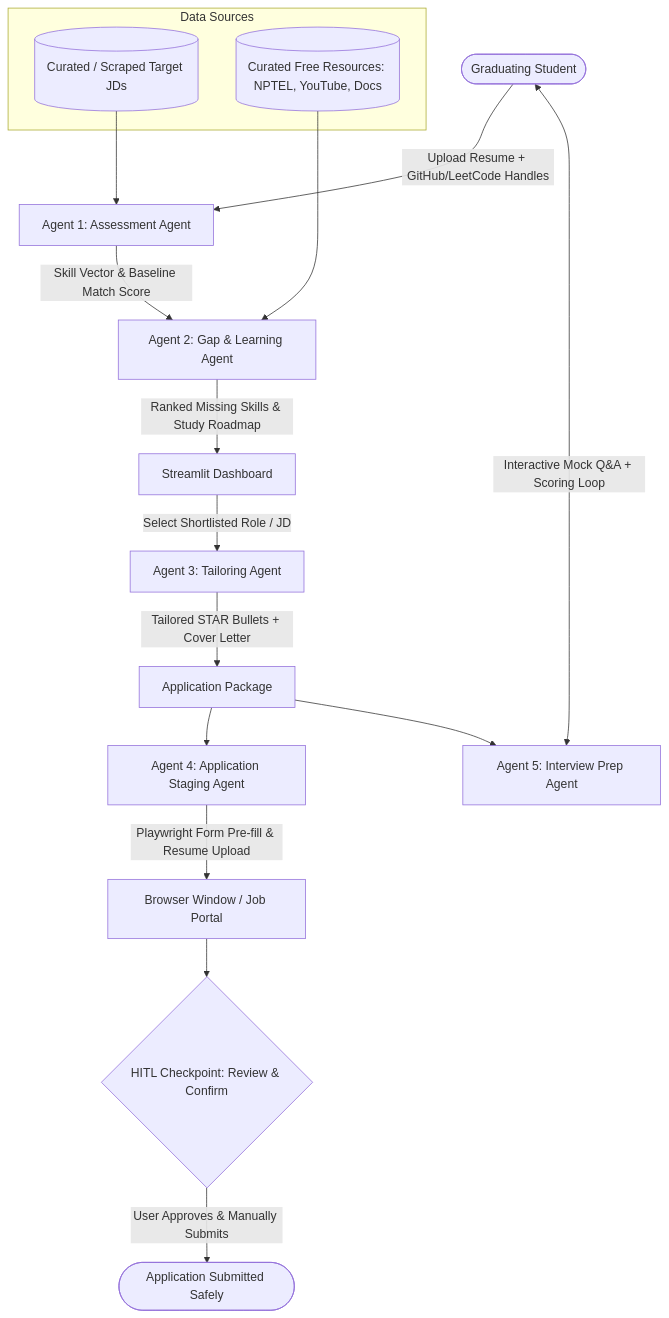
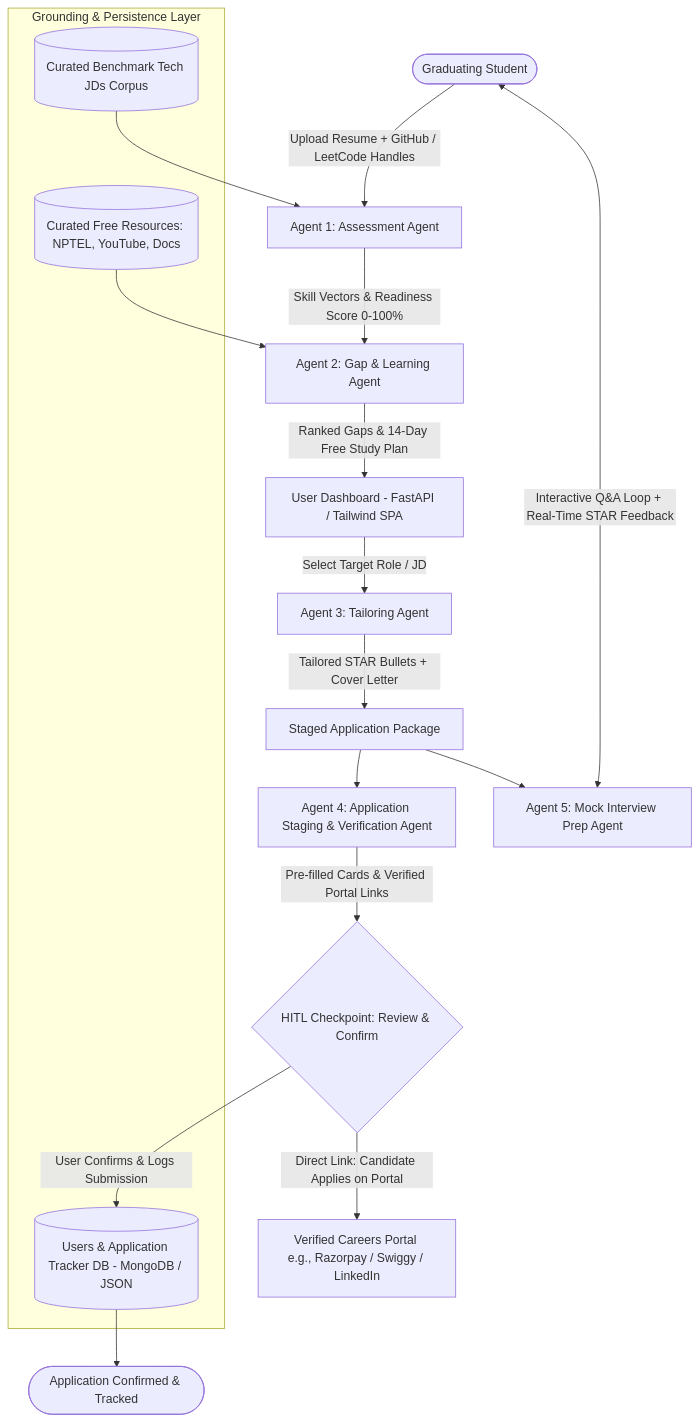
The diagram in SYSTEM_DESIGN.md (anvitha-45/careerpilot), drawn with Mermaid before and after one commit. The commit also changed other lines of this file and 4 other files, not shown here.

Commit message:
docs: align PRD, System Design, and Draw.io architecture with curated benchmark JD corpus and verified portal linking

````diff
--- a/SYSTEM_DESIGN.md
+++ b/SYSTEM_DESIGN.md
@@ -23,27 +23,29 @@
 ```mermaid
 flowchart TD
-    User([Graduating Student]) -->|Upload Resume + GitHub/LeetCode Handles| A1[Agent 1: Assessment Agent]
+    User([Graduating Student]) -->|Upload Resume + GitHub / LeetCode Handles| A1[Agent 1: Assessment Agent]
 
-    subgraph Data Sources
-        JDs[(Curated / Scraped Target JDs)]
+    subgraph Grounding & Persistence Layer
+        JDs[(Curated Benchmark Tech JDs Corpus)]
         Res[(Curated Free Resources: NPTEL, YouTube, Docs)]
+        UserDB[(Users & Application Tracker DB - MongoDB / JSON)]
     end
 
     JDs --> A1
-    A1 -->|Skill Vector & Baseline Match Score| A2[Agent 2: Gap & Learning Agent]
+    A1 -->|Skill Vectors & Readiness Score 0-100%| A2[Agent 2: Gap & Learning Agent]
     Res --> A2
 
-    A2 -->|Ranked Missing Skills & Study Roadmap| UI[Streamlit Dashboard]
+    A2 -->|Ranked Gaps & 14-Day Free Study Plan| Dashboard[User Dashboard - FastAPI / Tailwind SPA]
 
-    UI -->|Select Shortlisted Role / JD| A3[Agent 3: Tailoring Agent]
-    A3 -->|Tailored STAR Bullets + Cover Letter| StagedPayload[Application Package]
+    Dashboard -->|Select Target Role / JD| A3[Agent 3: Tailoring Agent]
+    A3 -->|Tailored STAR Bullets + Cover Letter| StagedPayload[Staged Application Package]
 
-    StagedPayload --> A4[Agent 4: Application Staging Agent]
-    A4 -->|Playwright Form Pre-fill & Resume Upload| Browser[Browser Window / Job Portal]
+    StagedPayload --> A4[Agent 4: Application Staging & Verification Agent]
+    A4 -->|Pre-filled Cards & Verified Portal Links| HITL{HITL Checkpoint: Review & Confirm}
 
-    Browser --> HITL{HITL Checkpoint: Review & Confirm}
-    HITL -->|User Approves & Manually Submits| Success([Application Submitted Safely])
+    HITL -->|Direct Link: Candidate Applies on Portal| Portal[Verified Careers Portal e.g., Razorpay / Swiggy / LinkedIn]
+    HITL -->|User Confirms & Logs Submission| UserDB
+    UserDB --> Submitted([Application Confirmed & Tracked])
 
-    StagedPayload --> A5[Agent 5: Interview Prep Agent]
-    A5 <-->|Interactive Mock Q&A + Scoring Loop| User
+    StagedPayload --> A5[Agent 5: Mock Interview Prep Agent]
+    A5 <-->|Interactive Q&A Loop + Real-Time STAR Feedback| User
 ```
````
